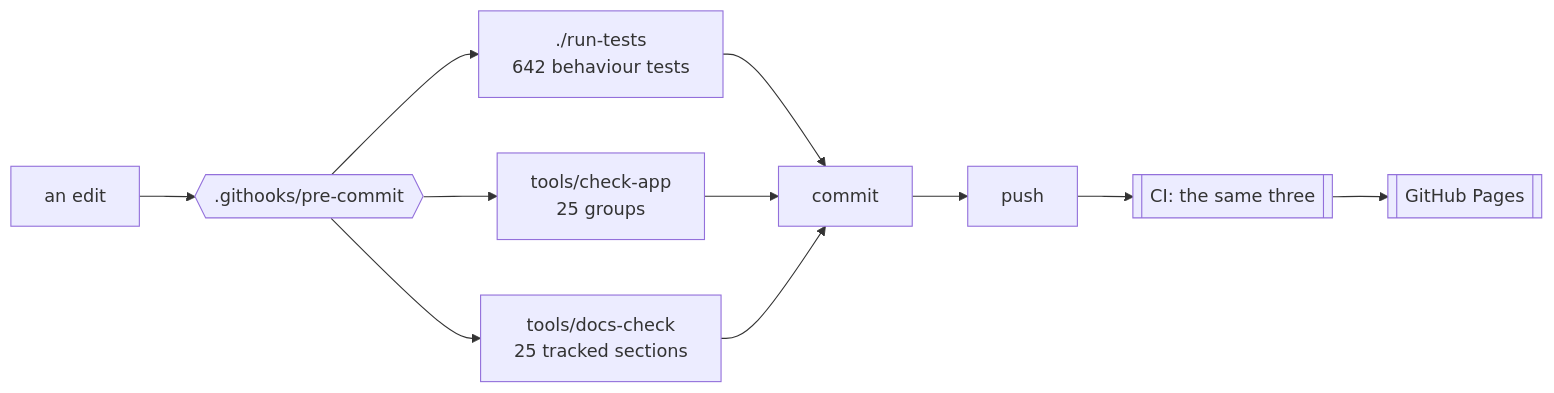
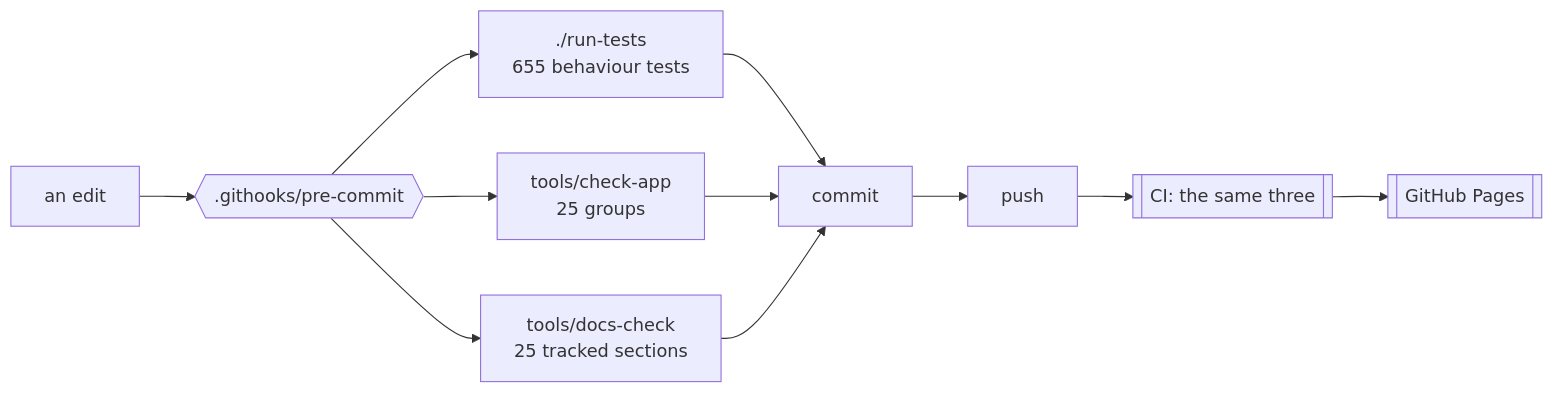
The first of 2 diagrams in docs/DEVELOPING.md (minormending/crystal-pilot-mobile), drawn with Mermaid before and after one commit. The commit also changed other lines of this file and 6 other files, not shown here.

````diff
--- a/docs/DEVELOPING.md
+++ b/docs/DEVELOPING.md
@@ -15,12 +15,12 @@
 ```mermaid
 flowchart LR
     E[an edit] --> H{{".githooks/pre-commit"}}
-    H --> T["./run-tests<br/>642 behaviour tests"]
+    H --> T["./run-tests<br/>655 behaviour tests"]
     H --> C["tools/check-app<br/>25 groups"]
     H --> D["tools/docs-check<br/>25 tracked sections"]
     T --> OK[commit]
     C --> OK
     D --> OK
     OK --> P[push] --> CI[["CI: the same three"]]
     CI --> PG[[GitHub Pages]]
 ```
````
